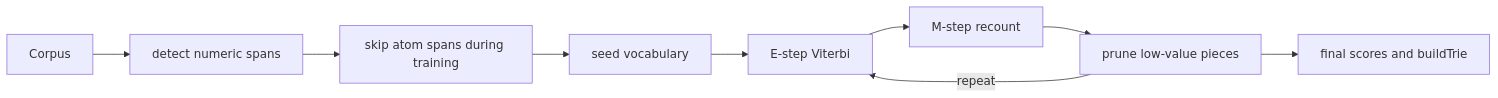
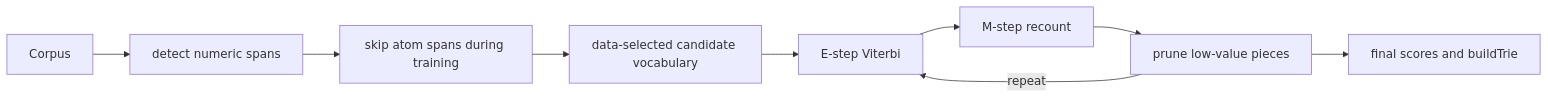
The third of 3 diagrams in resources/models/GRIM-text/Shared/UnigramByte/UnigramByte.codoc.md (Reaper3825/G.R.I.M), drawn with Mermaid before and after one commit. The commit also changed other lines of this file and 4 other files, not shown here.

Commit message:
Add rank tokenizer sequence lengths script and update UnigramByte documentation

````diff
--- a/resources/models/GRIM-text/Shared/UnigramByte/UnigramByte.codoc.md
+++ b/resources/models/GRIM-text/Shared/UnigramByte/UnigramByte.codoc.md
@@ -167,11 +167,11 @@
 ```mermaid
 flowchart LR
     CORPUS[Corpus] --> DETECT[detect numeric spans]
     DETECT --> SKIP[skip atom spans during training]
-    SKIP --> SEED[seed vocabulary]
-    SEED --> E[E-step Viterbi]
+   SKIP --> CAND[data-selected candidate vocabulary]
+   CAND --> E[E-step Viterbi]
     E --> M[M-step recount]
     M --> P[prune low-value pieces]
     P -->|repeat| E
     P --> FINAL[final scores and buildTrie]
 ```
````
